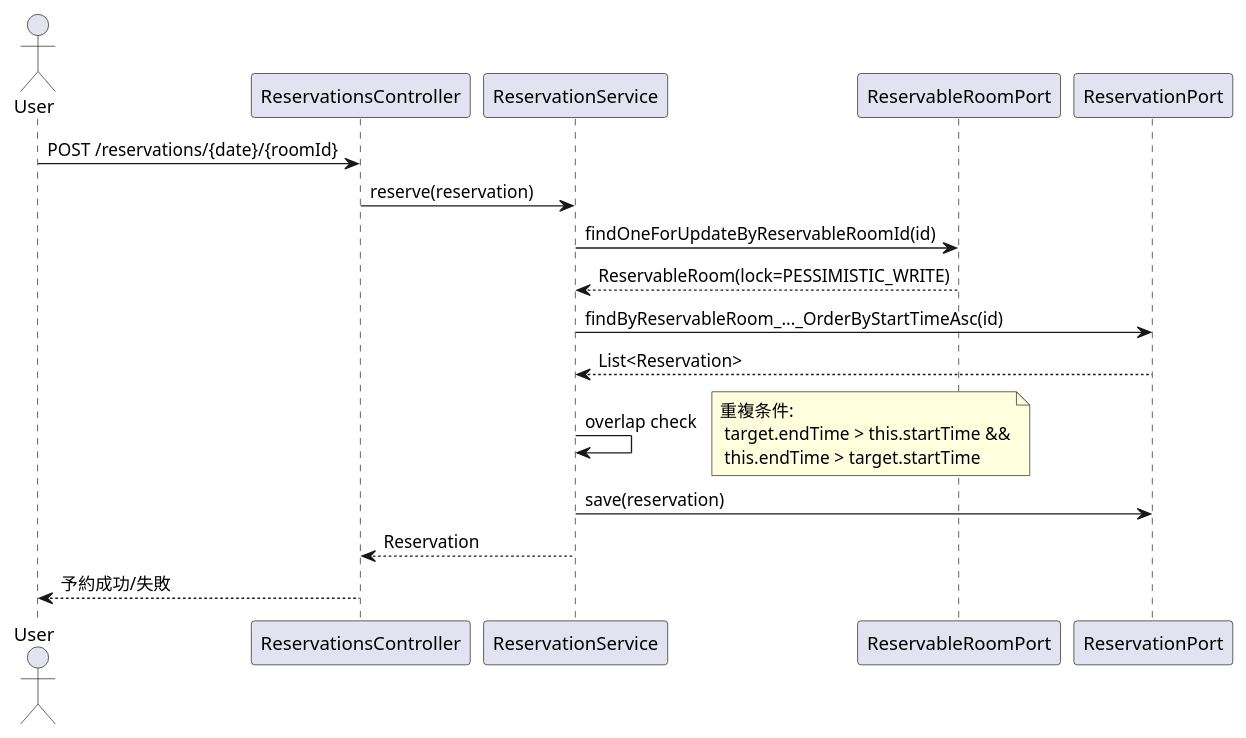
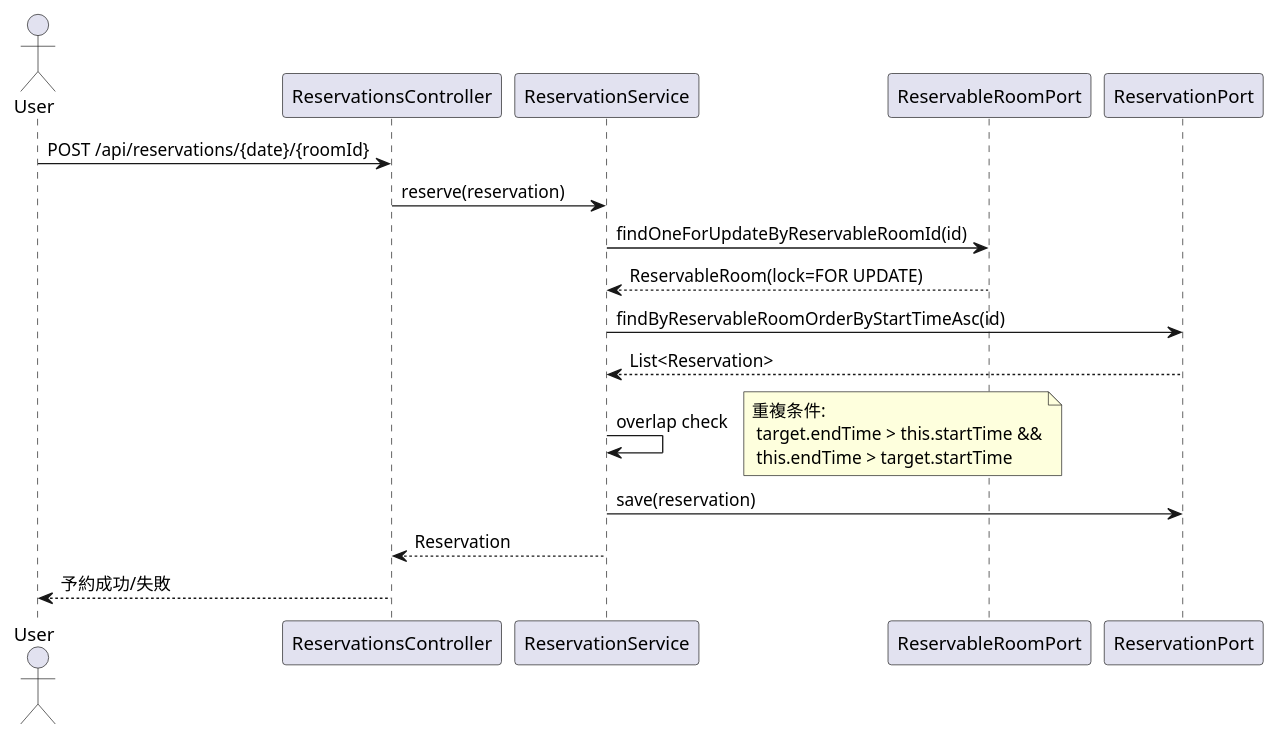
One commit to k2works/ai-programing-exercise changed the second of 2 diagrams in docs/design/アーキテクチャ.md. Above: the diagram before and after it, drawn with PlantUML. The commit also changed other lines of this file and 3 other files, not shown here.

````diff
--- a/docs/design/アーキテクチャ.md
+++ b/docs/design/アーキテクチャ.md
@@ -102,20 +102,20 @@
 ```plantuml
 @startuml
 actor User
-User -> ReservationsController: POST /reservations/{date}/{roomId}
+User -> ReservationsController: POST /api/reservations/{date}/{roomId}
 ReservationsController -> ReservationService: reserve(reservation)
 ReservationService -> ReservableRoomPort: findOneForUpdateByReservableRoomId(id)
-ReservableRoomPort --> ReservationService: ReservableRoom(lock=PESSIMISTIC_WRITE)
-ReservationService -> ReservationPort: findByReservableRoom_..._OrderByStartTimeAsc(id)
+ReservableRoomPort --> ReservationService: ReservableRoom(lock=FOR UPDATE)
+ReservationService -> ReservationPort: findByReservableRoomOrderByStartTimeAsc(id)
 ReservationPort --> ReservationService: List<Reservation>
 ReservationService -> ReservationService: overlap check
 note right
 重複条件:
  target.endTime > this.startTime &&
  this.endTime > target.startTime
 end note
 ReservationService -> ReservationPort: save(reservation)
 ReservationService --> ReservationsController: Reservation
 ReservationsController --> User: 予約成功/失敗
 @enduml
 ```
````
